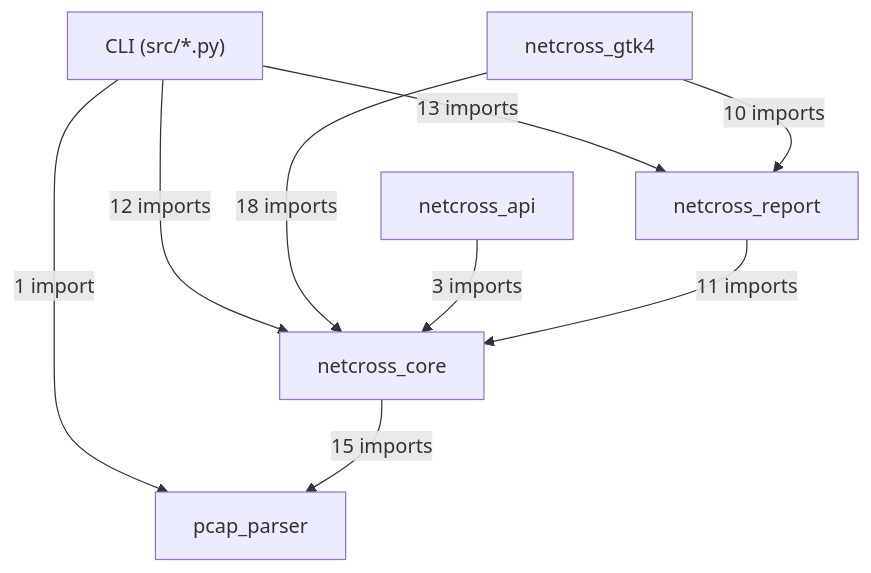
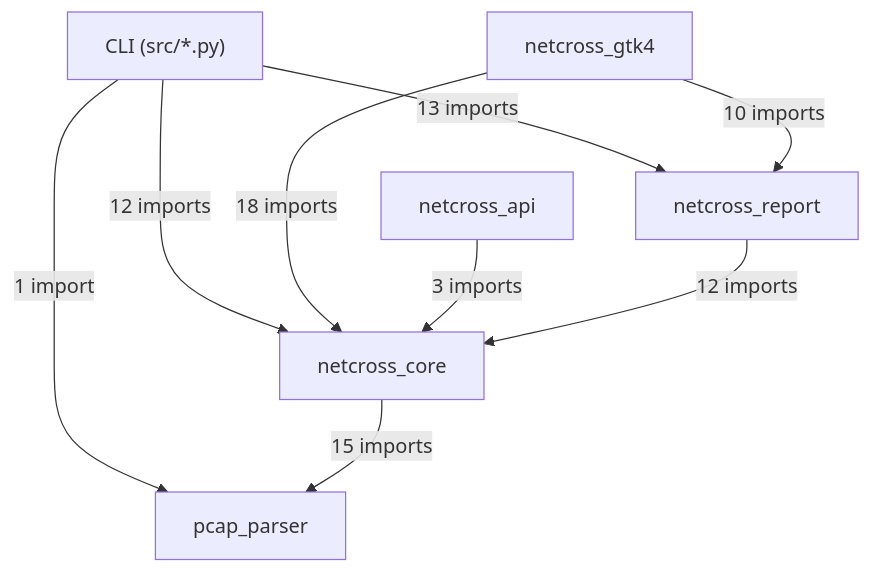
Before and after one commit to MathildeDec/Netcross: the first of 15 diagrams in docs/class-diagram.md, drawn with Mermaid. The commit also changed other lines of this file, not shown here.

Commit message:
docs: régénération du diagramme après merge dev

````diff
--- a/docs/class-diagram.md
+++ b/docs/class-diagram.md
@@ -26,17 +26,17 @@
 ```mermaid
 flowchart TD
     CLI["CLI (src/*.py)"]
     netcross_gtk4["netcross_gtk4"]
     netcross_api["netcross_api"]
     netcross_report["netcross_report"]
     netcross_core["netcross_core"]
     pcap_parser["pcap_parser"]
     CLI -->|"13 imports"| netcross_report
     CLI -->|"12 imports"| netcross_core
     CLI -->|"1 import"| pcap_parser
     netcross_gtk4 -->|"10 imports"| netcross_report
     netcross_gtk4 -->|"18 imports"| netcross_core
     netcross_api -->|"3 imports"| netcross_core
-    netcross_report -->|"11 imports"| netcross_core
+    netcross_report -->|"12 imports"| netcross_core
     netcross_core -->|"15 imports"| pcap_parser
 ```
````
